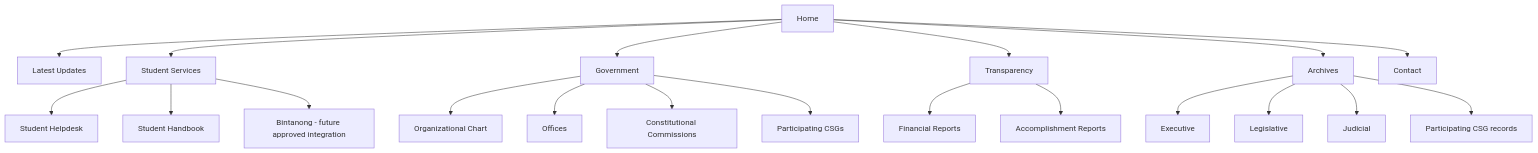
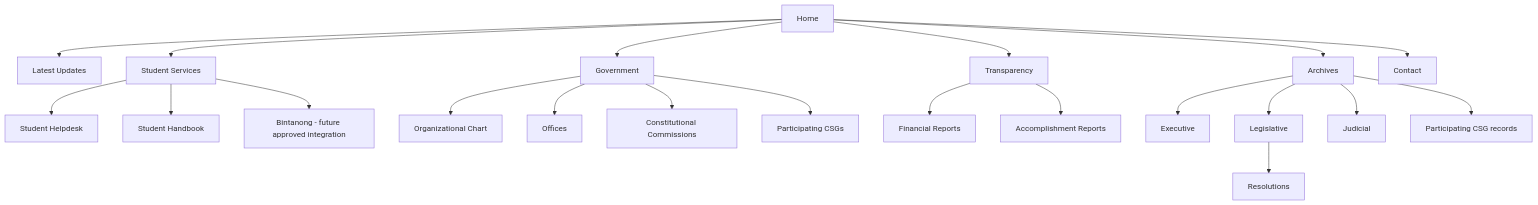
Before and after one commit to PalSU-USG/Binturong: the first of 3 diagrams in docs/design.md, drawn with Mermaid. The commit also changed other lines of this file and 3 other files, not shown here.

````diff
--- a/docs/design.md
+++ b/docs/design.md
@@ -48,34 +48,35 @@
 ```mermaid
 flowchart TD
     Home[Home]
     Updates[Latest Updates]
     Services[Student Services]
     Government[Government]
     Transparency[Transparency]
     Archives[Archives]
     Contact[Contact]
 
     Home --> Updates
     Home --> Services
     Home --> Government
     Home --> Transparency
     Home --> Archives
     Home --> Contact
 
     Services --> Helpdesk[Student Helpdesk]
     Services --> Handbook[Student Handbook]
     Services --> Bintanong[Bintanong - future approved integration]
 
     Government --> OrgChart[Organizational Chart]
     Government --> Offices[Offices]
     Government --> Commissions[Constitutional Commissions]
     Government --> CSGs[Participating CSGs]
 
     Transparency --> Financial[Financial Reports]
     Transparency --> Accomplishment[Accomplishment Reports]
 
     Archives --> Executive[Executive]
     Archives --> Legislative[Legislative]
+    Legislative --> Resolutions[Resolutions]
     Archives --> Judicial[Judicial]
     Archives --> CSGArchive[Participating CSG records]
 ```
````
